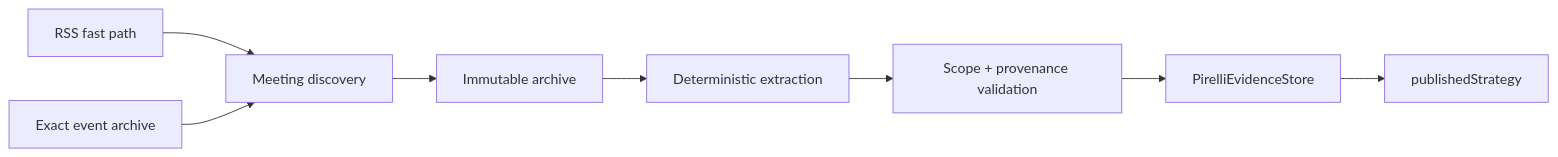
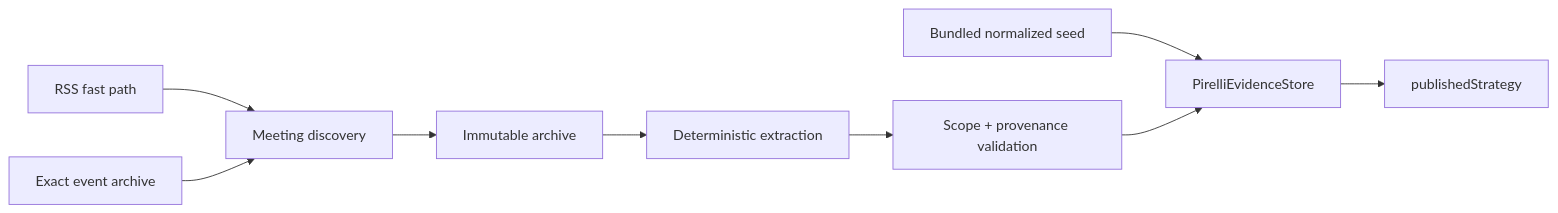
One commit to rejozmathew/slipstream-f1 changed the fifth of 5 diagrams in docs/data-flow.md. Above: the diagram before and after it, drawn with Mermaid. The commit also changed other lines of this file and 38 other files, not shown here.

````diff
--- a/docs/data-flow.md
+++ b/docs/data-flow.md
@@ -175,10 +175,11 @@
 ```mermaid
 flowchart LR
+    Seed[Bundled normalized seed] --> Store[PirelliEvidenceStore]
     RSS[RSS fast path] --> D[Meeting discovery]
     Event[Exact event archive] --> D
     D --> A[Immutable archive]
     A --> X[Deterministic extraction]
     X --> V[Scope + provenance validation]
-    V --> Store[PirelliEvidenceStore]
+    V --> Store
     Store --> PS[publishedStrategy]
 ```
````
